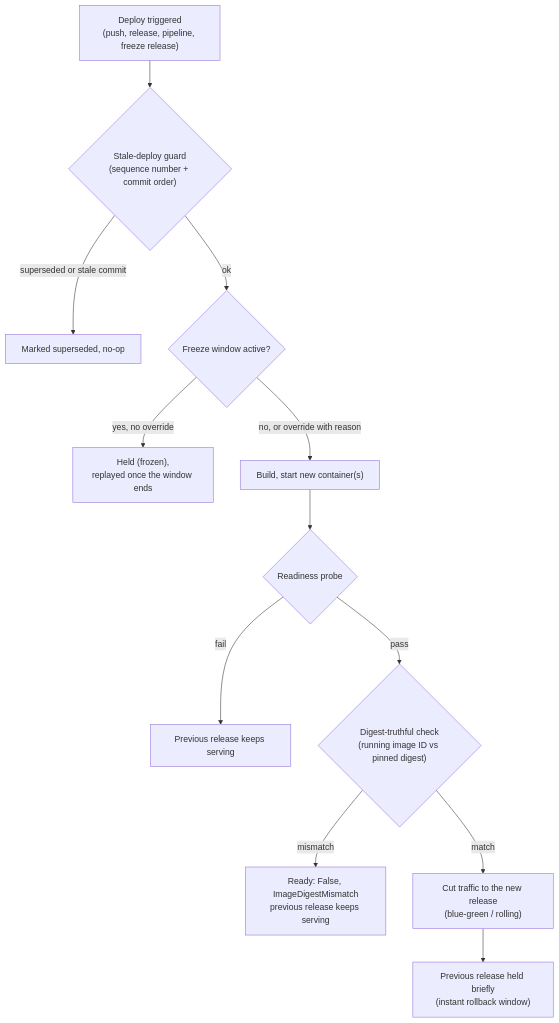
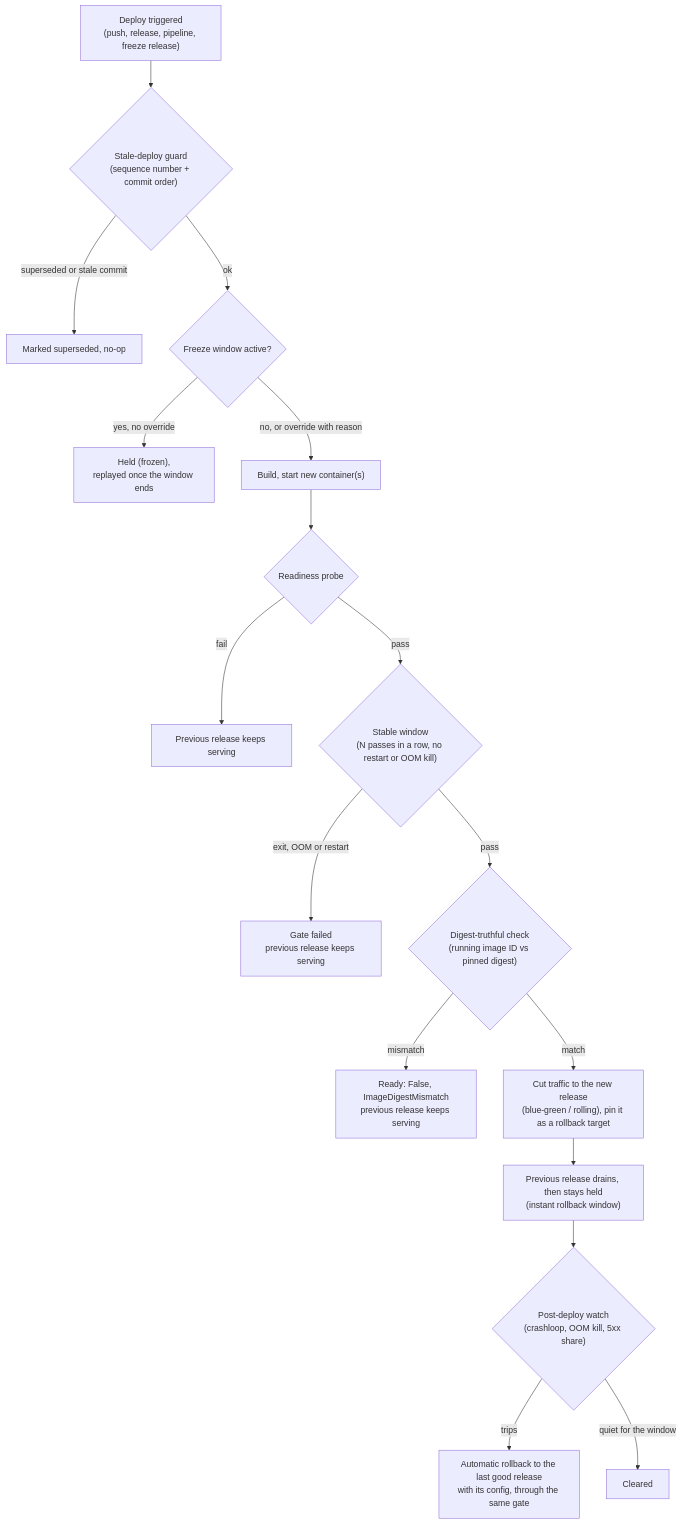
The diagram in docs/deploy-safety.md (glincker/levelrail), drawn with Mermaid before and after one commit. The commit also changed other lines of this file and 16 other files, not shown here.

Commit message:
feat: deploy gate timeline and deploy safety settings in the dashboard, docs

````diff
--- a/docs/deploy-safety.md
+++ b/docs/deploy-safety.md
@@ -12,14 +14,19 @@
 ```mermaid
 flowchart TD
   T["Deploy triggered<br/>(push, release, pipeline, freeze release)"] --> S{"Stale-deploy guard<br/>(sequence number + commit order)"}
   S -->|superseded or stale commit| Drop["Marked superseded, no-op"]
   S -->|ok| W{"Freeze window active?"}
   W -->|yes, no override| Held["Held (frozen),<br/>replayed once the window ends"]
   W -->|no, or override with reason| B["Build, start new container(s)"]
   B --> R{"Readiness probe"}
   R -->|fail| Keep1["Previous release keeps serving"]
-  R -->|pass| D{"Digest-truthful check<br/>(running image ID vs pinned digest)"}
+  R -->|pass| G{"Stable window<br/>(N passes in a row, no restart or OOM kill)"}
+  G -->|exit, OOM or restart| Keep3["Gate failed<br/>previous release keeps serving"]
+  G -->|pass| D{"Digest-truthful check<br/>(running image ID vs pinned digest)"}
   D -->|mismatch| Keep2["Ready: False, ImageDigestMismatch<br/>previous release keeps serving"]
-  D -->|match| Cutover["Cut traffic to the new release<br/>(blue-green / rolling)"]
-  Cutover --> Hold["Previous release held briefly<br/>(instant rollback window)"]
+  D -->|match| Cutover["Cut traffic to the new release<br/>(blue-green / rolling), pin it as a rollback target"]
+  Cutover --> Hold["Previous release drains, then stays held<br/>(instant rollback window)"]
+  Hold --> Watch{"Post-deploy watch<br/>(crashloop, OOM kill, 5xx share)"}
+  Watch -->|trips| RB["Automatic rollback to the last good release<br/>with its config, through the same gate"]
+  Watch -->|quiet for the window| Cleared["Cleared"]
 ```
````
